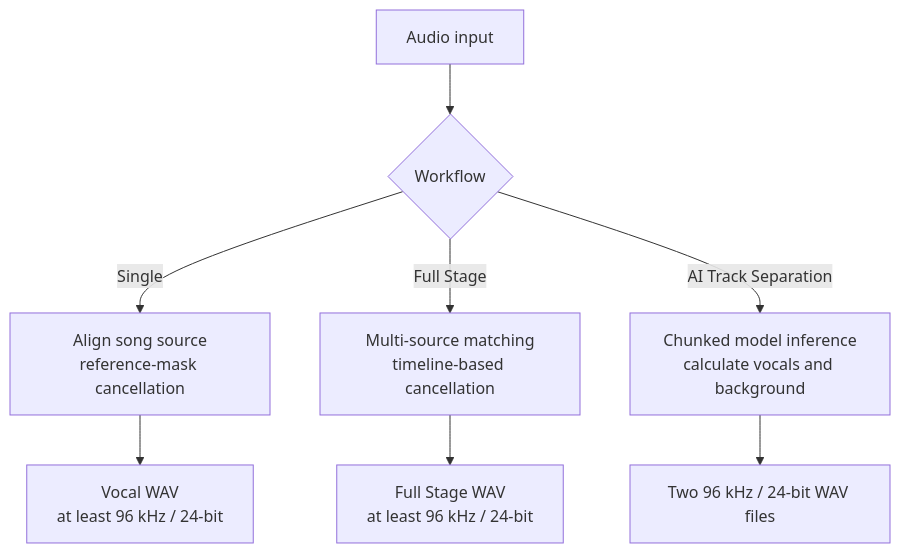
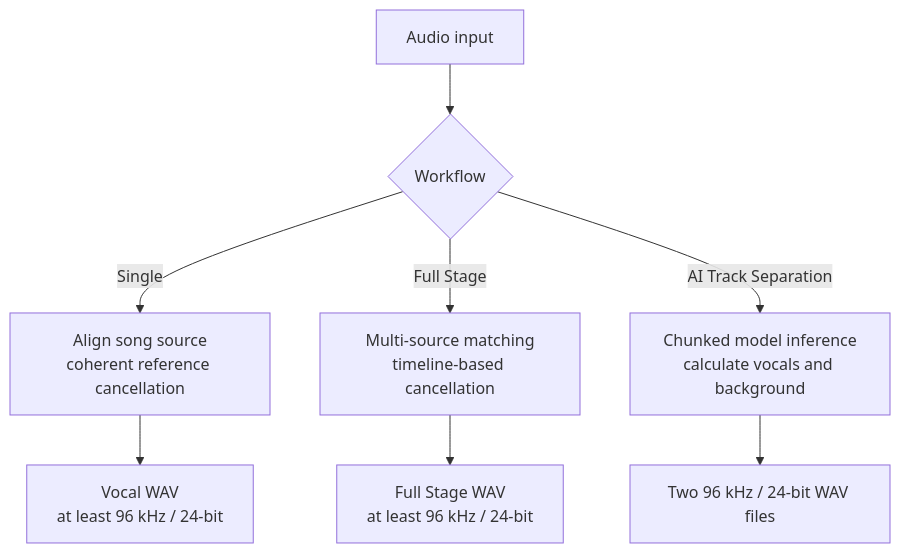
One commit to ChouChiu/Purivox changed the third of 3 diagrams in docs/en/architecture.md. Above: the diagram before and after it, drawn with Mermaid. The commit also changed 11 other files, not shown here.

````diff
--- a/docs/en/architecture.md
+++ b/docs/en/architecture.md
@@ -121,10 +121,10 @@
 ```mermaid
 flowchart TB
     input["Audio input"] --> choice{"Workflow"}
-    choice -->|Single| mr["Align song source<br/>reference-mask cancellation"]
+    choice -->|Single| mr["Align song source<br/>coherent reference cancellation"]
     choice -->|Full Stage| stage["Multi-source matching<br/>timeline-based cancellation"]
     choice -->|AI Track Separation| ai["Chunked model inference<br/>calculate vocals and background"]
     mr --> mrout["Vocal WAV<br/>at least 96 kHz / 24-bit"]
     stage --> stageout["Full Stage WAV<br/>at least 96 kHz / 24-bit"]
     ai --> aiout["Two 96 kHz / 24-bit WAV files"]
 ```
````
